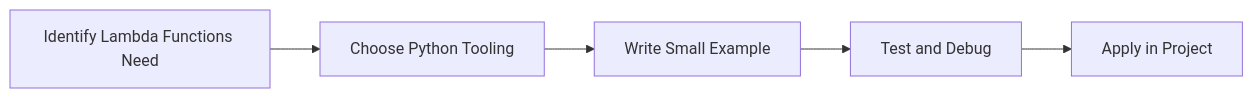
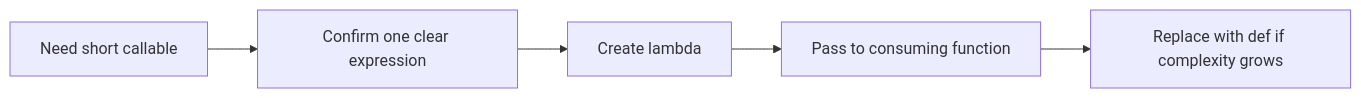
One commit to SYMOIZ/E-Learning-Portal changed the diagram in Python-Mastery/Beginner/25-lambda-functions.md. Above: the diagram before and after it, drawn with Mermaid. The commit also changed other lines of this file and 116 other files, not shown here.

````diff
--- a/Python-Mastery/Beginner/25-lambda-functions.md
+++ b/Python-Mastery/Beginner/25-lambda-functions.md
@@ -120,7 +124,12 @@
 ```mermaid
 flowchart LR
-    A[Identify Lambda Functions Need] --> B[Choose Python Tooling]
-    B --> C[Write Small Example]
-    C --> D[Test and Debug]
-    D --> E[Apply in Project]
+    A[Need short callable]
+    B[Confirm one clear expression]
+    C[Create lambda]
+    D[Pass to consuming function]
+    E[Replace with def if complexity grows]
+    A --> B
+    B --> C
+    C --> D
+    D --> E
 ```
````
